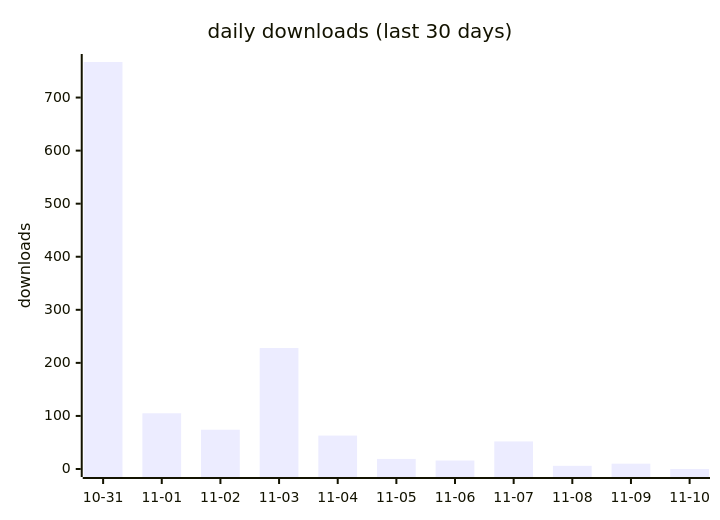
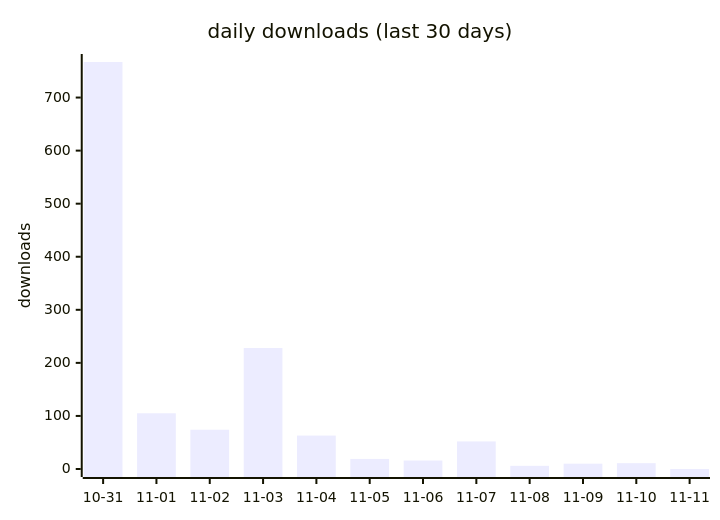
One commit to terry2010/opencode-loop-recover changed the first of 2 diagrams in docs/downloads-2026.md. Above: the diagram before and after it, drawn with Mermaid. The commit also changed other lines of this file and 1 other file, not shown here.

````diff
--- a/docs/downloads-2026.md
+++ b/docs/downloads-2026.md
@@ -19,7 +19,7 @@
 ```mermaid
 xychart-beta
     title "daily downloads (last 30 days)"
-    x-axis ["10-31", "11-01", "11-02", "11-03", "11-04", "11-05", "11-06", "11-07", "11-08", "11-09", "11-10"]
+    x-axis ["10-31", "11-01", "11-02", "11-03", "11-04", "11-05", "11-06", "11-07", "11-08", "11-09", "11-10", "11-11"]
     y-axis "downloads" 0 --> 767
-    bar [767, 105, 74, 228, 63, 19, 16, 52, 6, 10, 0]
+    bar [767, 105, 74, 228, 63, 19, 16, 52, 6, 10, 11, 0]
 ```
````
